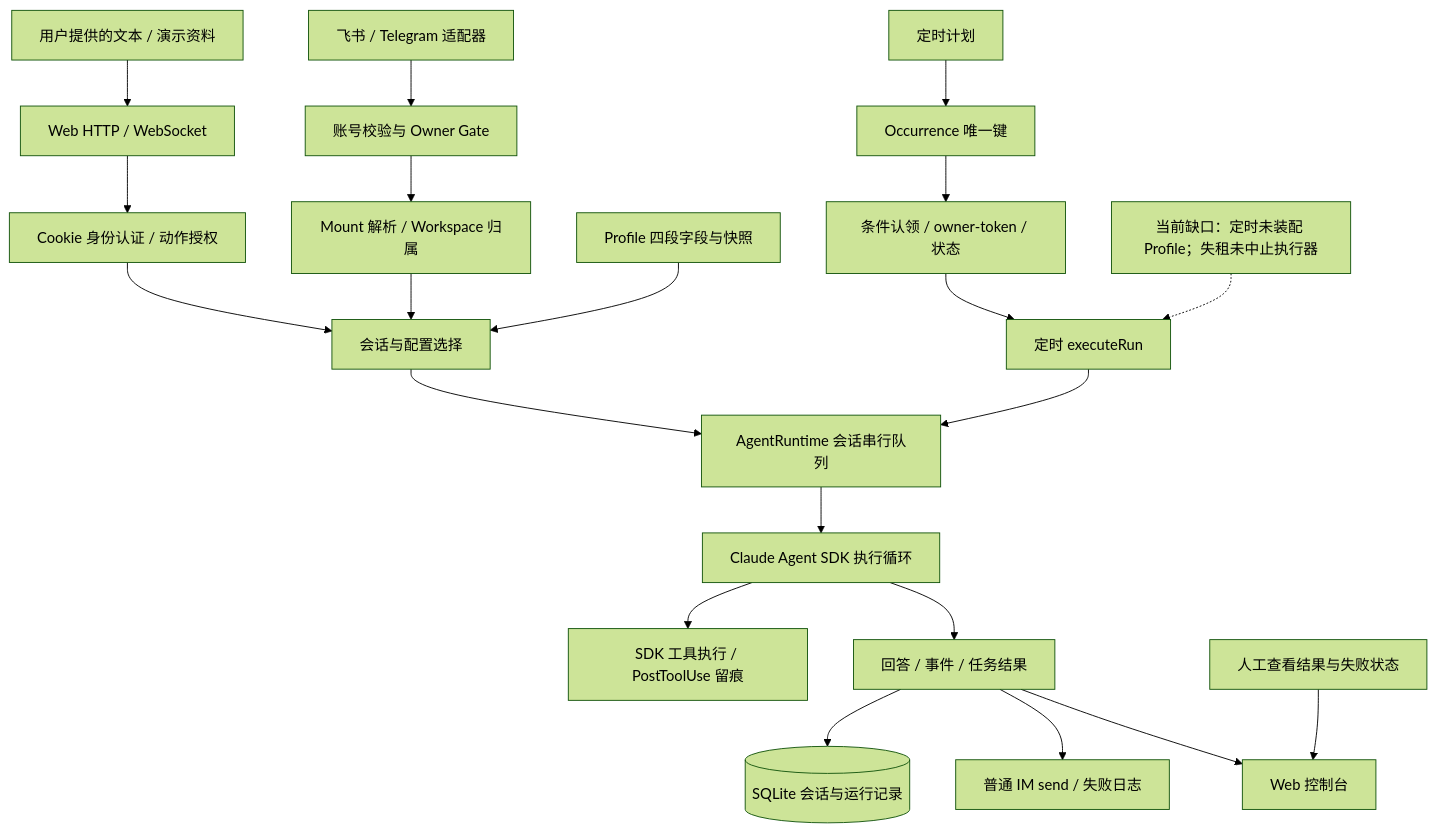
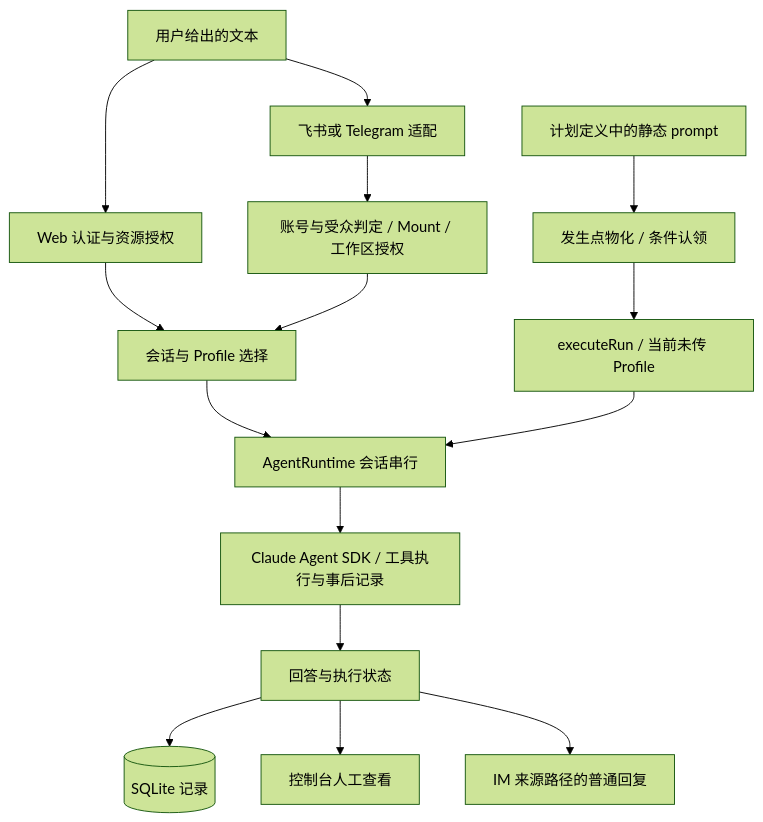
Before and after one commit to Bluuok/mini: the diagram in HappyClaw-故事.md, drawn with Mermaid (forest theme). The commit also changed other lines of this file and 31 other files, not shown here.

````diff
--- a/HappyClaw-故事.md
+++ b/HappyClaw-故事.md
@@ -44,23 +21,17 @@
 ```mermaid
 flowchart TD
-  U[用户提供的文本 / 演示资料] --> W[Web HTTP / WebSocket]
-  I[飞书 / Telegram 适配器] --> G[账号校验与 Owner Gate]
-  G --> M[Mount 解析 / Workspace 归属]
-  W --> A[Cookie 身份认证 / 动作授权]
-  A --> C[会话与配置选择]
-  M --> C
-  P[Profile 四段字段与快照] --> C
-  T[定时计划] --> O[Occurrence 唯一键]
-  O --> L[条件认领 / owner-token / 状态]
-  L --> X[定时 executeRun]
-  C --> R[AgentRuntime 会话串行队列]
-  X --> R
-  R --> S[Claude Agent SDK 执行循环]
-  S --> TOOL[SDK 工具执行 / PostToolUse 留痕]
-  S --> OUT[回答 / 事件 / 任务结果]
-  OUT --> DB[(SQLite 会话与运行记录)]
-  OUT --> IMOUT[普通 IM send / 失败日志]
-  OUT --> CONSOLE[Web 控制台]
-  REVIEW[人工查看结果与失败状态] --> CONSOLE
-  GAP[当前缺口：定时未装配 Profile；失租未中止执行器] -.-> X
+  U[用户给出的文本] --> WEB[Web 认证与资源授权]
+  U --> IM[飞书或 Telegram 适配]
+  IM --> GATE[账号与受众判定 / Mount / 工作区授权]
+  WEB --> SESSION[会话与 Profile 选择]
+  GATE --> SESSION
+  SESSION --> R[AgentRuntime 会话串行]
+  STATIC[计划定义中的静态 prompt] --> OCC[发生点物化 / 条件认领]
+  OCC --> SCHED[executeRun / 当前未传 Profile]
+  SCHED --> R
+  R --> SDK[Claude Agent SDK / 工具执行与事后记录]
+  SDK --> OUT[回答与执行状态]
+  OUT --> DB[(SQLite 记录)]
+  OUT --> CONSOLE[控制台人工查看]
+  OUT --> REPLY[IM 来源路径的普通回复]
 ```
````
